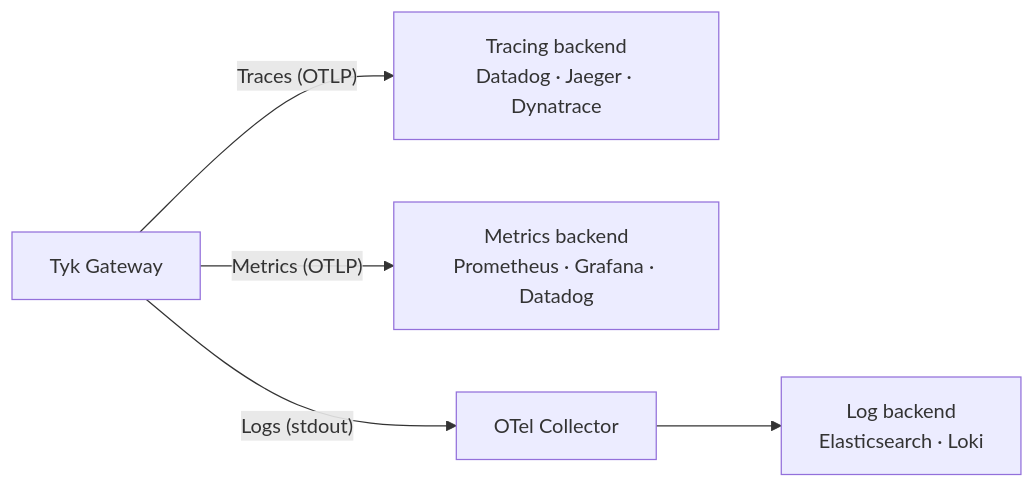
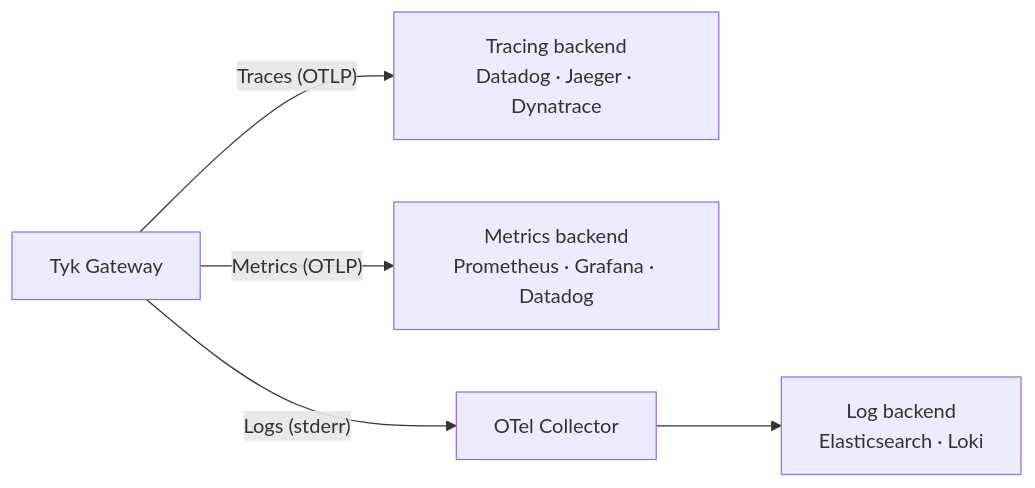
The diagram in api-management/observability.mdx (TykTechnologies/tyk-docs), drawn with Mermaid before and after one commit. The commit also changed other lines of this file and 1 other file, not shown here.

First line of the commit message:
Fix terminology, stderr, duplicate paragraph, span processor explanation

````diff
--- a/api-management/observability.mdx
+++ b/api-management/observability.mdx
@@ -12,8 +12,8 @@
 ```mermaid
 flowchart LR
     GW["Tyk Gateway"]
     GW -->|"Traces (OTLP)"| TC["Tracing backend\nDatadog · Jaeger · Dynatrace"]
     GW -->|"Metrics (OTLP)"| MC["Metrics backend\nPrometheus · Grafana · Datadog"]
-    GW -->|"Logs (stdout)"| OC["OTel Collector"]
+    GW -->|"Logs (stderr)"| OC["OTel Collector"]
     OC --> LC["Log backend\nElasticsearch · Loki"]
 ```
````
